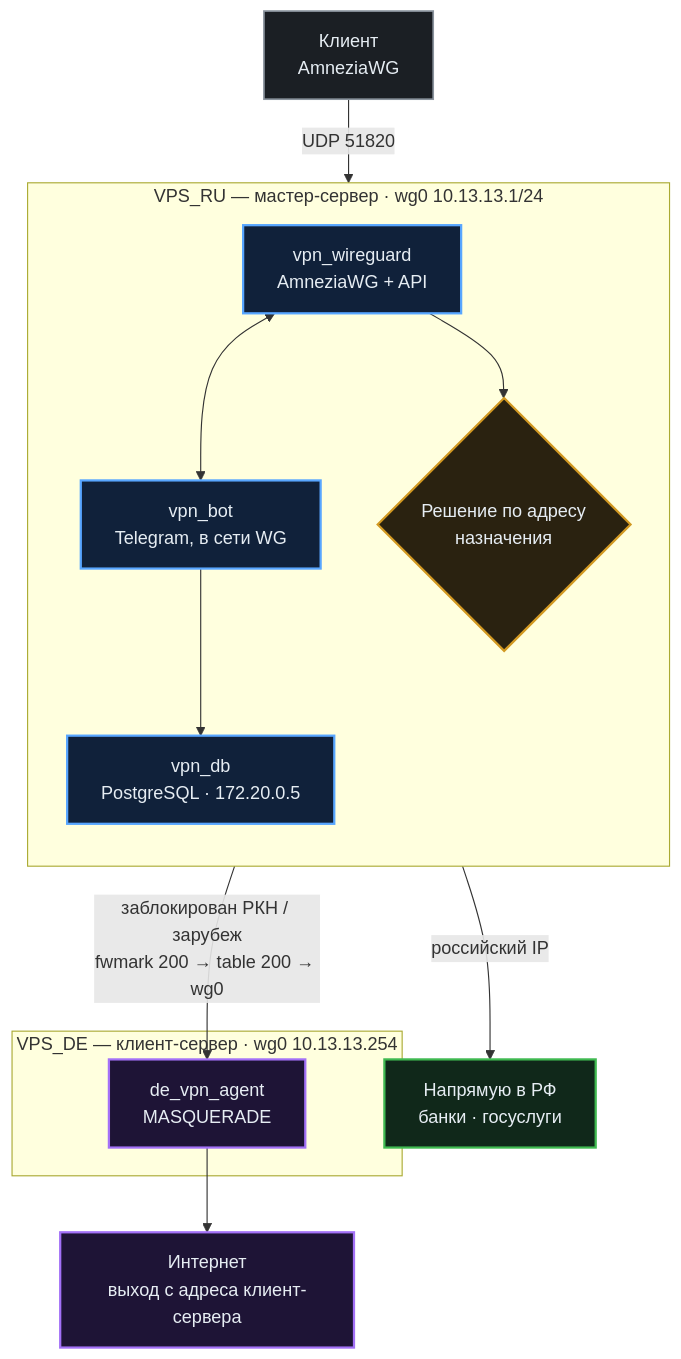
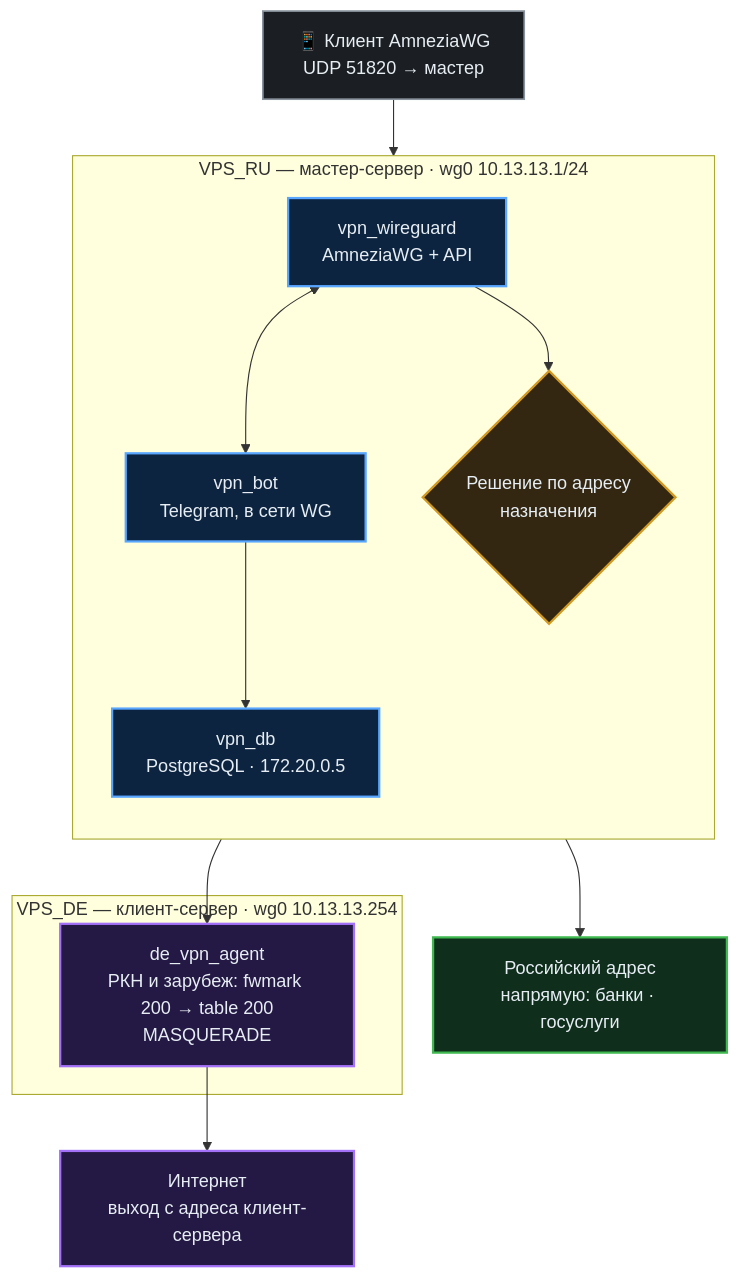
The first of 2 diagrams in Readme.md (AnDyQnn/vpn_awg_2_VPS_pub), drawn with Mermaid before and after one commit. The commit also changed other lines of this file and 47 other files, not shown here.

First line of the commit message:
Значки вместо эмодзи, схема без наложений, починена разметка README

````diff
--- a/Readme.md
+++ b/Readme.md
@@ -90,36 +98,40 @@
 ```mermaid
 flowchart TB
-    Client[" Клиент<br/>AmneziaWG"]
+    Client["📱 Клиент AmneziaWG<br/>UDP 51820 → мастер"]
 
     subgraph RU["VPS_RU — мастер-сервер · wg0 10.13.13.1/24"]
         direction TB
         WG["vpn_wireguard<br/>AmneziaWG + API"]
         BOT["vpn_bot<br/>Telegram, в сети WG"]
         DB["vpn_db<br/>PostgreSQL · 172.20.0.5"]
         DEC{"Решение по адресу<br/>назначения"}
         WG <--> BOT
         BOT --> DB
         WG --> DEC
     end
 
+    DIRECT["Российский адрес<br/>напрямую: банки · госуслуги"]
+
     subgraph DE["VPS_DE — клиент-сервер · wg0 10.13.13.254"]
-        AGENT["de_vpn_agent<br/>MASQUERADE"]
+        AGENT["de_vpn_agent<br/>РКН и зарубеж: fwmark 200 → table 200<br/>MASQUERADE"]
     end
 
-    Client -->|"UDP 51820"| WG
-    DEC -->|"российский IP"| DIRECT["Напрямую в РФ<br/>банки · госуслуги"]
-    DEC -->|"заблокирован РКН / зарубеж<br/>fwmark 200 → table 200 → wg0"| AGENT
-    AGENT --> NET["Интернет<br/>выход с адреса клиент-сервера"]
+    NET["Интернет<br/>выход с адреса клиент-сервера"]
 
-    classDef master fill:#10213a,stroke:#58a6ff,stroke-width:2px,color:#e6edf3
-    classDef client fill:#1e1436,stroke:#a371f7,stroke-width:2px,color:#e6edf3
-    classDef direct fill:#10281a,stroke:#3fb950,stroke-width:2px,color:#e6edf3
-    classDef choice fill:#2a2210,stroke:#d29922,stroke-width:2px,color:#e6edf3
+    Client --> WG
+    DEC --> DIRECT
+    DEC --> AGENT
+    AGENT --> NET
+
+    classDef master fill:#0d2440,stroke:#58a6ff,stroke-width:2px,color:#e6edf3
+    classDef client fill:#241844,stroke:#a371f7,stroke-width:2px,color:#e6edf3
+    classDef direct fill:#0f2e1c,stroke:#3fb950,stroke-width:2px,color:#e6edf3
+    classDef choice fill:#332711,stroke:#d29922,stroke-width:2px,color:#e6edf3
     classDef user   fill:#1b1f24,stroke:#8b949e,stroke-width:1.5px,color:#e6edf3
 
     class WG,BOT,DB master
     class AGENT,NET client
     class DIRECT direct
     class DEC choice
     class Client user
 ```
````
